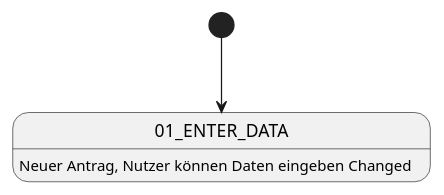
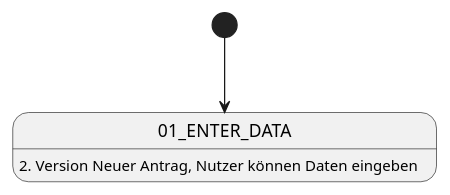
One commit to marcofenske-vi/puml-test changed the diagram in README.puml. Above: the diagram before and after it, drawn with PlantUML.

```diff
--- a/README.puml
+++ b/README.puml
@@ -1,6 +1,6 @@
 @startuml C4_Elements
 
 [*] --> 01_ENTER_DATA
 
-01_ENTER_DATA: Neuer Antrag, Nutzer können Daten eingeben Changed
+01_ENTER_DATA: 2. Version Neuer Antrag, Nutzer können Daten eingeben
 @enduml
```
